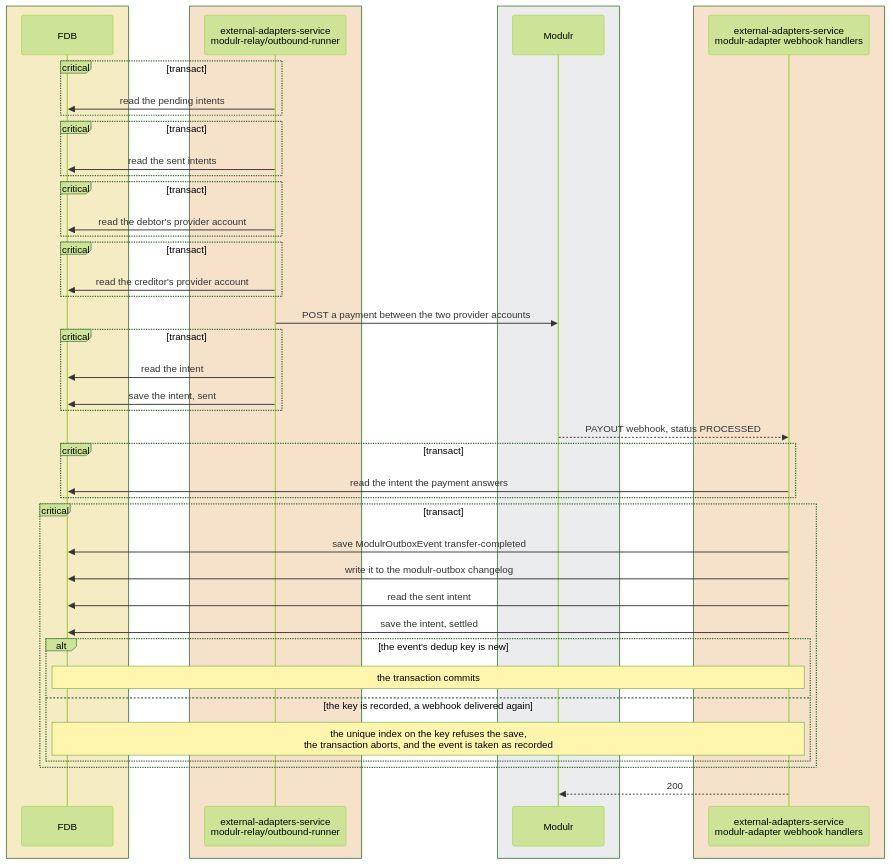
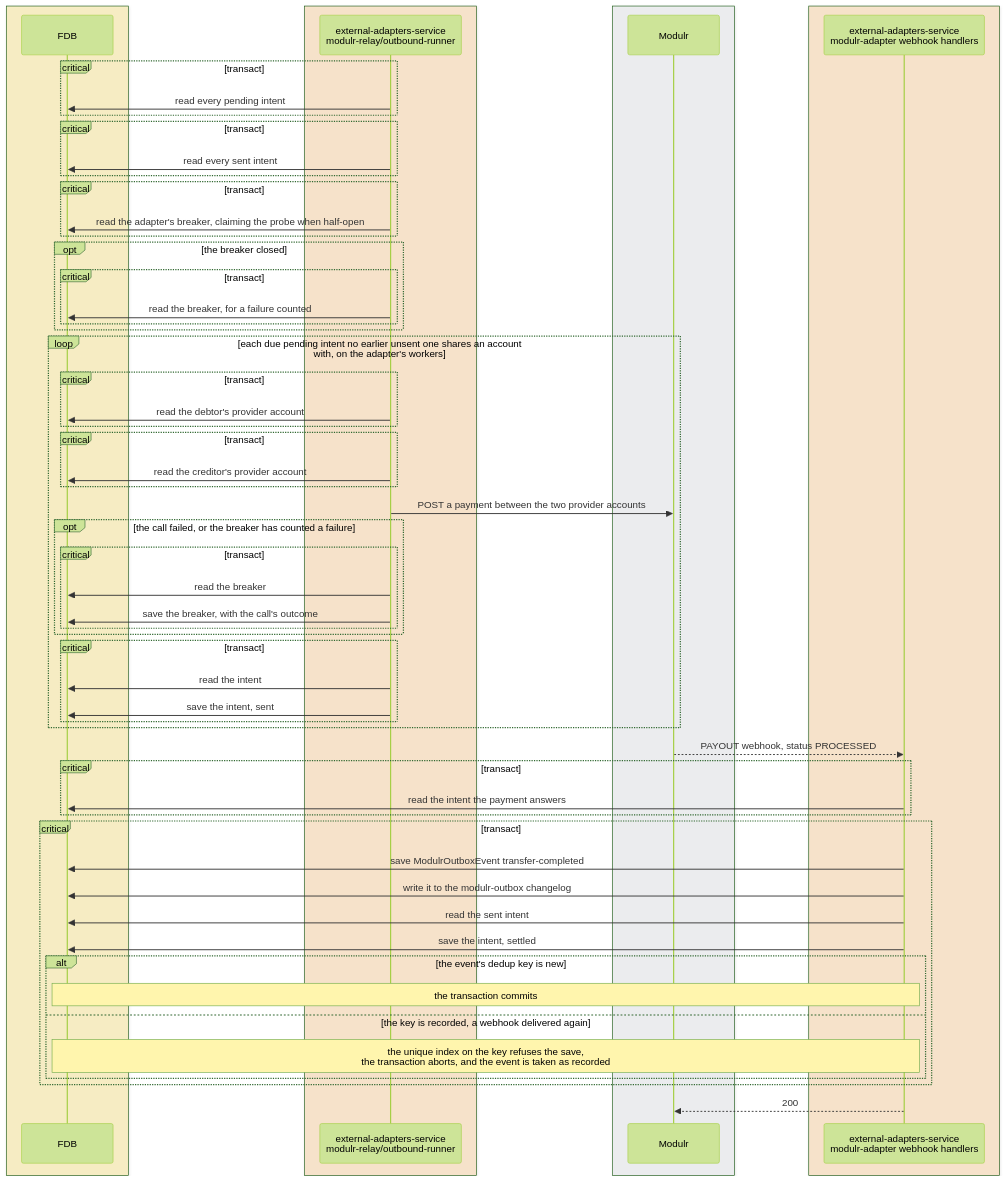
Before and after one commit to repldriven/queenswood: the sixth of 7 diagrams in docs/tdd/payments-internal.md, drawn with Mermaid (forest theme). The commit also changed other lines of this file, not shown here.

Commit message:
Draw the intent poller's pass over every intent it holds

````diff
--- a/docs/tdd/payments-internal.md
+++ b/docs/tdd/payments-internal.md
@@ -329,48 +329,64 @@
 ```mermaid
 sequenceDiagram
     box rgba(255, 236, 153, 0.5)
     participant DB as FDB
     end
     box rgba(255, 216, 168, 0.5)
     participant IP as external-adapters-service<br/>modulr-relay/outbound-runner
     end
     box rgba(233, 236, 239, 0.5)
     participant PR as Modulr
     end
     box rgba(255, 216, 168, 0.5)
     participant WH as external-adapters-service<br/>modulr-adapter webhook handlers
     end
     critical transact
-    IP->>DB: read the pending intents
+    IP->>DB: read every pending intent
     end
     critical transact
-    IP->>DB: read the sent intents
+    IP->>DB: read every sent intent
     end
+    critical transact
+    IP->>DB: read the adapter's breaker, claiming the probe when half-open
+    end
+    opt the breaker closed
+    critical transact
+    IP->>DB: read the breaker, for a failure counted
+    end
+    end
+    loop each due pending intent no earlier unsent one shares an account with, on the adapter's workers
     critical transact
     IP->>DB: read the debtor's provider account
     end
     critical transact
     IP->>DB: read the creditor's provider account
     end
     IP->>PR: POST a payment between the two provider accounts
+    opt the call failed, or the breaker has counted a failure
+    critical transact
+    IP->>DB: read the breaker
+    IP->>DB: save the breaker, with the call's outcome
+    end
+    end
     critical transact
     IP->>DB: read the intent
     IP->>DB: save the intent, sent
+    end
     end
     PR-->>WH: PAYOUT webhook, status PROCESSED
     critical transact
     WH->>DB: read the intent the payment answers
     end
     critical transact
     WH->>DB: save ModulrOutboxEvent transfer-completed
     WH->>DB: write it to the modulr-outbox changelog
     WH->>DB: read the sent intent
     WH->>DB: save the intent, settled
     alt the event's dedup key is new
     Note over WH,DB: the transaction commits
     else the key is recorded, a webhook delivered again
     Note over WH,DB: the unique index on the key refuses the save,<br/>the transaction aborts, and the event is taken as recorded
     end
     end
     WH-->>PR: 200
 ```
````
